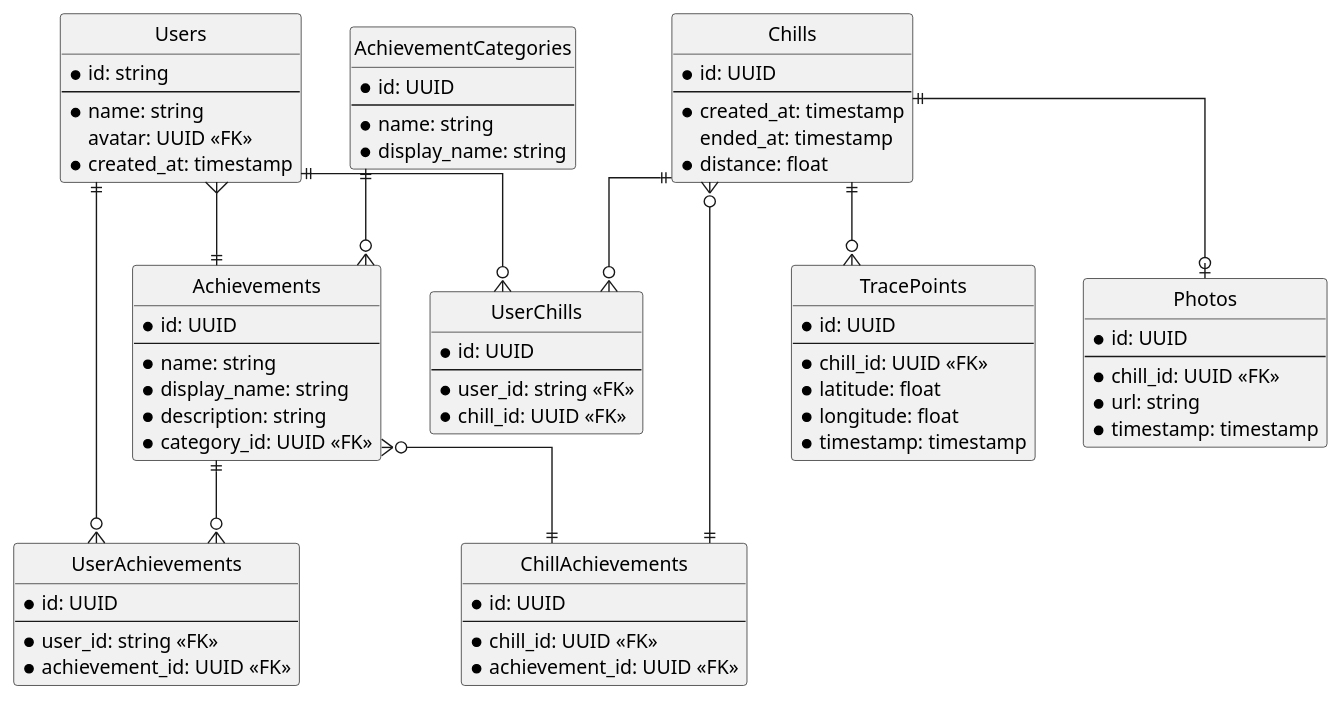
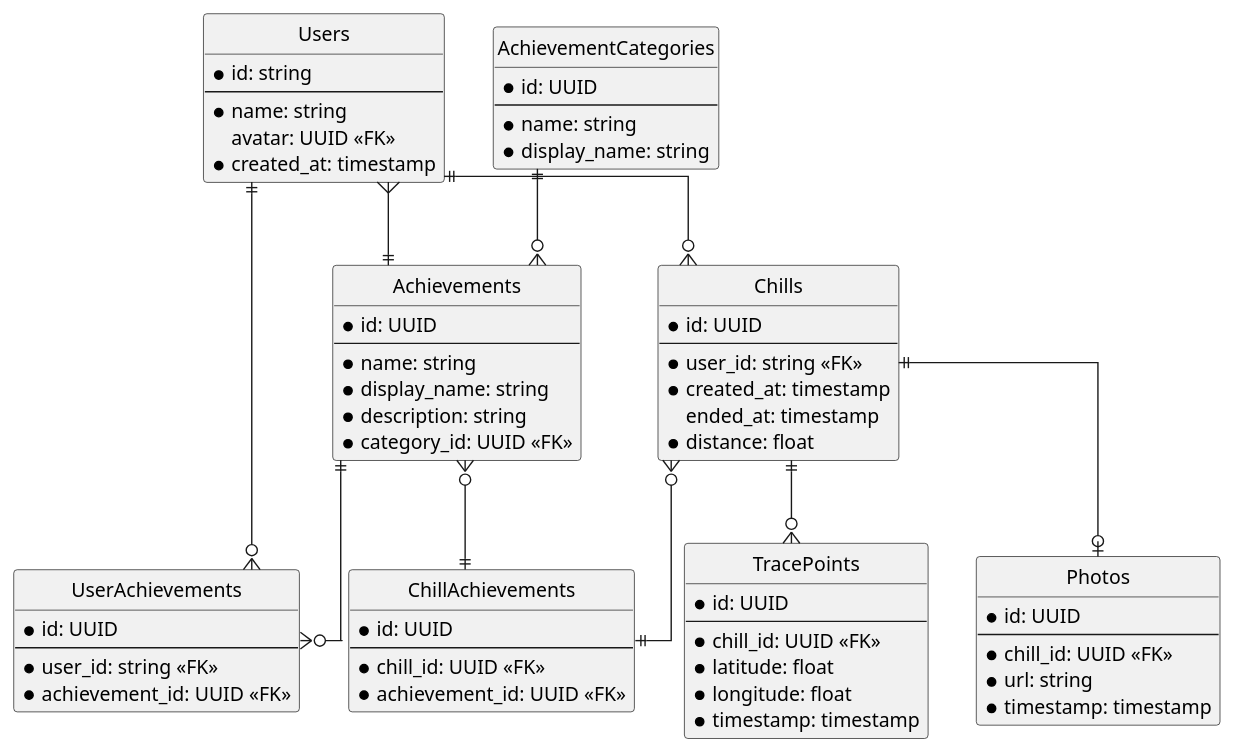
One commit to panna-cotta-2023/chilly-daze-gateway changed the diagram in docs/diagram/er_chilly_daze.pu. Above: the diagram before and after it, drawn with PlantUML. The commit also changed 9 other files, not shown here.

```diff
--- a/docs/diagram/er_chilly_daze.pu
+++ b/docs/diagram/er_chilly_daze.pu
@@ -1,90 +1,83 @@
 @startuml er_diagram
 
 ' hide the spot
 hide circle
 
 ' avoid problems with angled crows feed
 skinparam linetype ortho
 
 entity "Users" {
   * id: string
   --
   * name: string
   avatar: UUID <<FK>>
   * created_at: timestamp
 }
 
 entity "AchievementCategories" {
   * id: UUID
   --
   * name: string
   * display_name: string
 }
 
 entity "Achievements" {
   * id: UUID
   --
   *name: string
   *display_name: string
   *description: string
   *category_id: UUID <<FK>>
 }
 
 entity "UserAchievements" {
   * id: UUID
   --
   * user_id: string <<FK>>
   * achievement_id: UUID <<FK>>
 }
 
 entity "Chills" {
   * id: UUID
   --
+  * user_id: string <<FK>>
   * created_at: timestamp
   ended_at: timestamp
   * distance: float
-}
-
-entity "UserChills" {
-  * id: UUID
-  --
-  * user_id: string <<FK>>
-  * chill_id: UUID <<FK>>
 }
 
 entity "ChillAchievements" {
   * id: UUID
   --
   * chill_id: UUID <<FK>>
   * achievement_id: UUID <<FK>>
 }
 
 entity "TracePoints" {
   * id: UUID
   --
   * chill_id: UUID <<FK>>
   * latitude: float
   * longitude: float
   * timestamp: timestamp
 }
 
 entity "Photos" {
   * id: UUID
   --
   * chill_id: UUID <<FK>>
   * url: string
   * timestamp: timestamp
 }
 
 Users ||--o{ UserAchievements
 Achievements ||--o{ UserAchievements
-Users ||--o{ UserChills
-Chills ||--o{ UserChills
+Users ||--o{ Chills
 Chills ||--o{ TracePoints
 Chills ||--o| Photos
 AchievementCategories ||--o{ Achievements
 Users }--|| Achievements
 Achievements }o--|| ChillAchievements
 Chills }o--|| ChillAchievements
 
 @endumlhttps://file+.vscode-resource.vscode-cdn.net/Users/takeru/p2hacks/panna-cotta-gateway/docs/diagram/er_diagram.png?version%3D1702643610596
```
